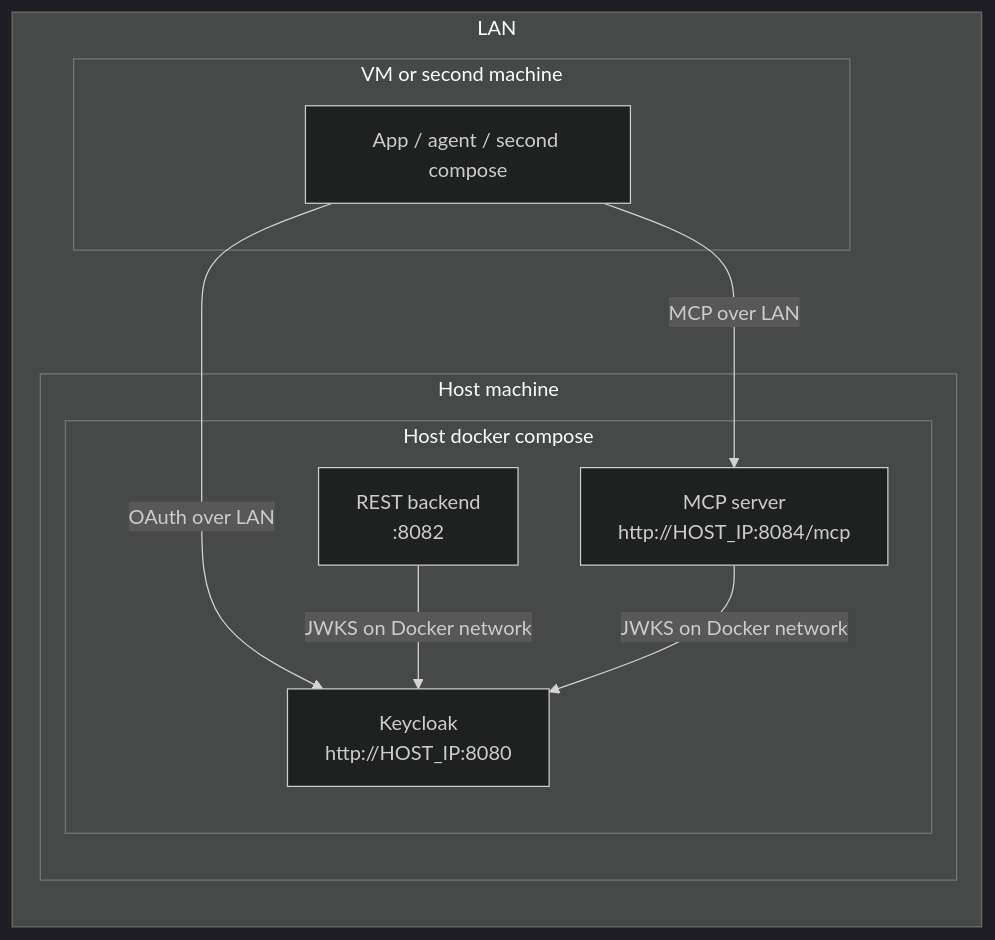
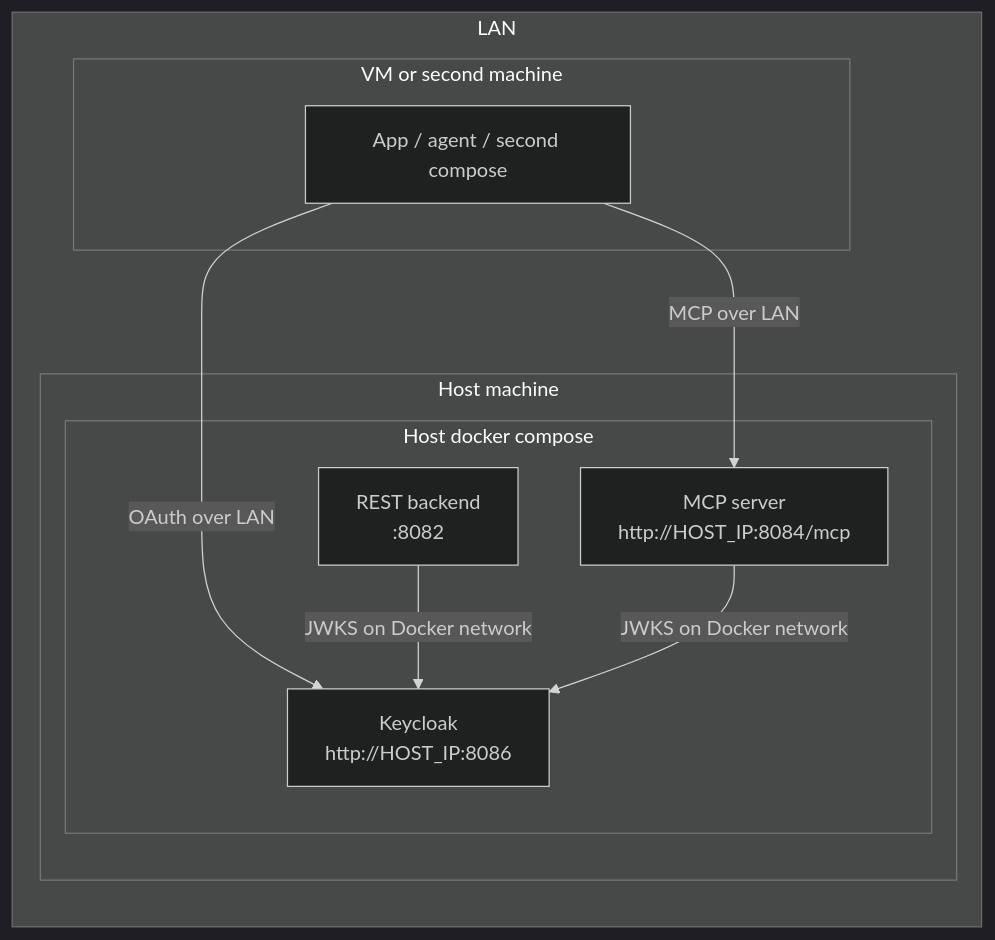
The second of 2 diagrams in local-container/README.md (thomassuedbroecker/galaxium-travels-infrastructure-tsuedbro), drawn with Mermaid (dark theme) before and after one commit. The commit also changed other lines of this file and 20 other files, not shown here.

````diff
--- a/local-container/README.md
+++ b/local-container/README.md
@@ -72,21 +72,21 @@
 ```mermaid
 flowchart LR
   subgraph lan["LAN"]
     subgraph host["Host machine"]
       subgraph host_compose["Host docker compose"]
-        kc["Keycloak<br/>http://HOST_IP:8080"]
+        kc["Keycloak<br/>http://HOST_IP:8086"]
         rest["REST backend<br/>:8082"]
         mcp["MCP server<br/>http://HOST_IP:8084/mcp"]
       end
     end
 
     subgraph vm["VM or second machine"]
       app["App / agent / second compose"]
     end
   end
 
   app -->|"OAuth over LAN"| kc
   app -->|"MCP over LAN"| mcp
   rest -->|"JWKS on Docker network"| kc
   mcp -->|"JWKS on Docker network"| kc
 ```
````
